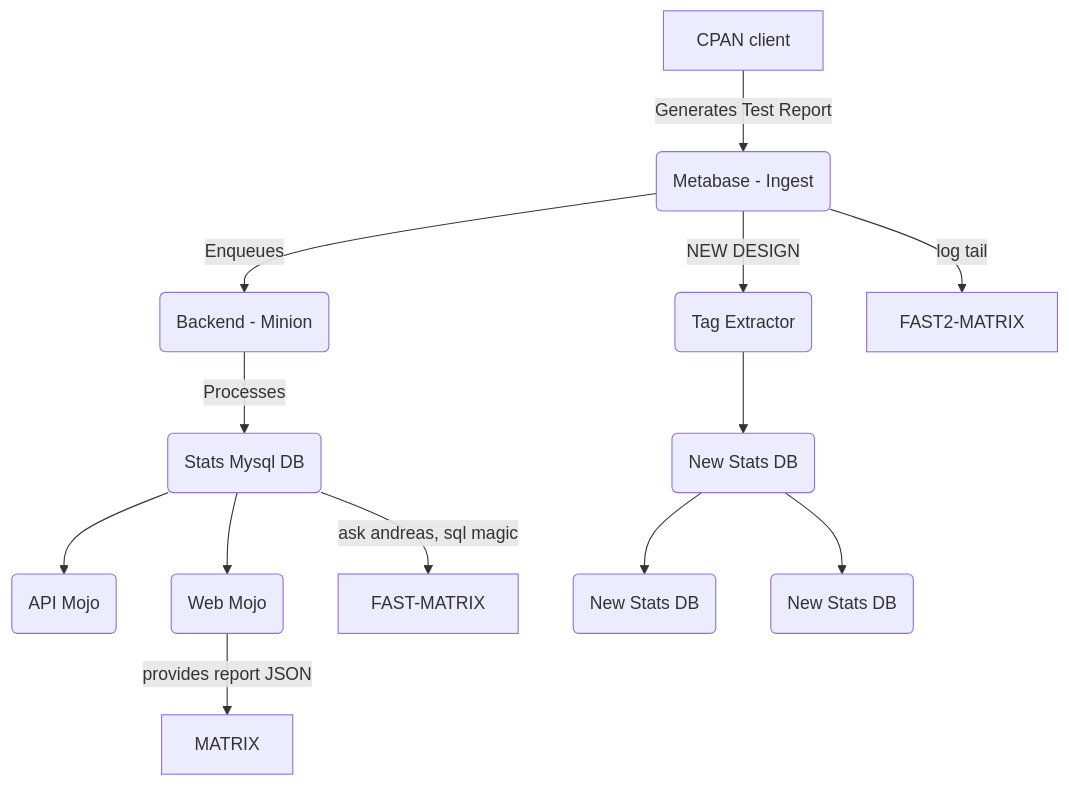
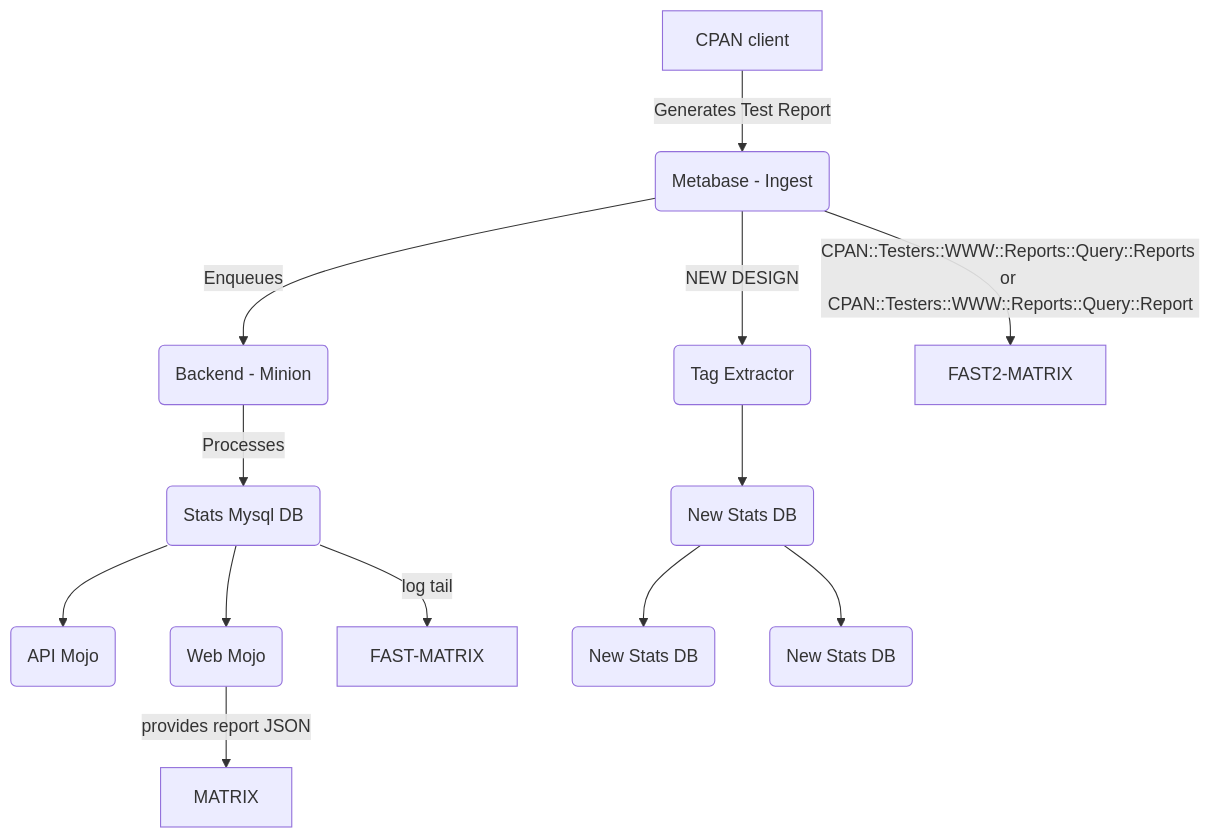
Before and after one commit to cpan-testers/cpantesters-inventory: the diagram in report_flow.md, drawn with Mermaid.

Commit message:
more matrix data

````diff
--- a/report_flow.md
+++ b/report_flow.md
@@ -3,15 +3,15 @@
 ```mermaid
 flowchart TD
     A[CPAN client] -->|Generates Test Report| B(Metabase - Ingest)
     B -->|Enqueues| C(Backend - Minion)
     C -->|Processes| D(Stats Mysql DB)
     D --> F(API Mojo)
     D --> G(Web Mojo)
     B -->|NEW DESIGN| H(Tag Extractor)
     H --> I(New Stats DB)
     I --> J(New Stats DB)
     I --> K(New Stats DB)
     G -->|provides report JSON| MATRIX
-    D -->|ask andreas, sql magic| FAST-MATRIX
-    B -->|log tail| FAST2-MATRIX
+    D -->|log tail| FAST-MATRIX
+    B -->|CPAN::Testers::WWW::Reports::Query::Reports or CPAN::Testers::WWW::Reports::Query::Report| FAST2-MATRIX
 ```
````
